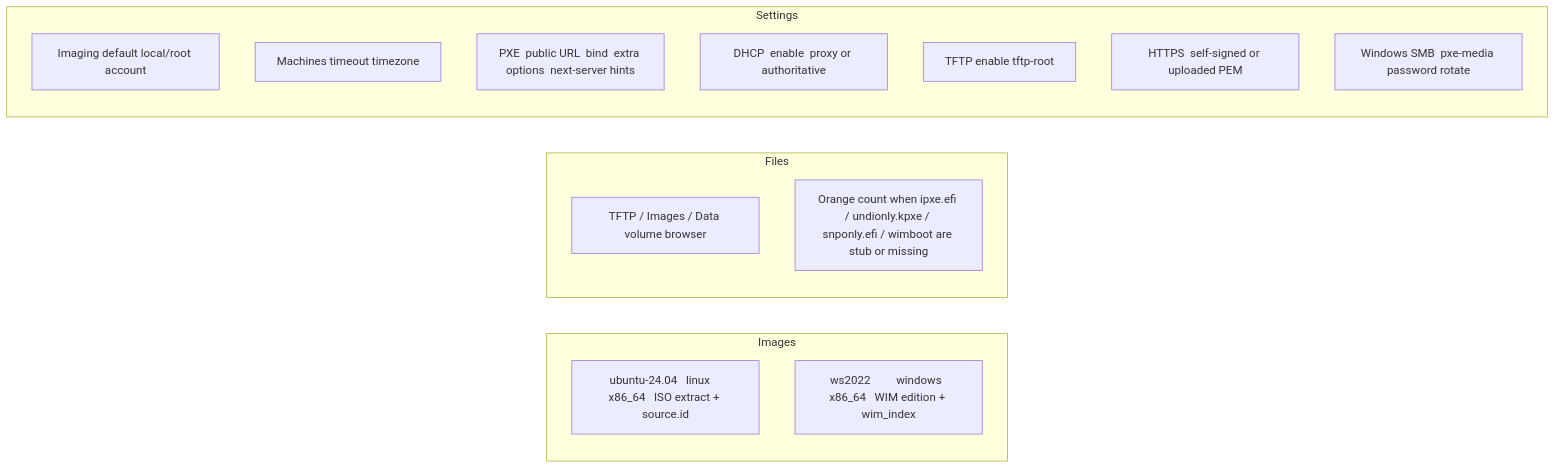
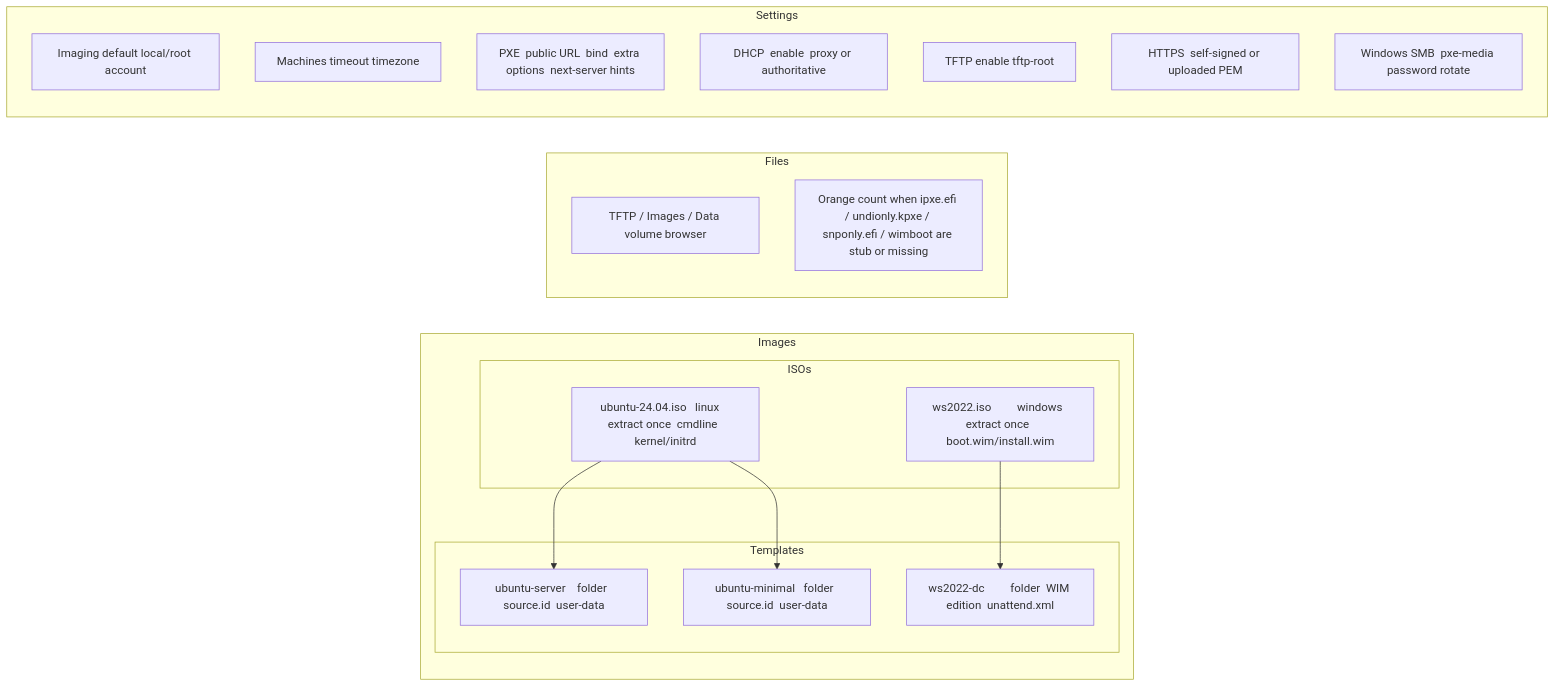
Diagram 14 of 24 in ARCHITECTURE.md (hometinker12/home-lab-pxe), drawn with Mermaid before and after one commit. The commit also changed other lines of this file and 26 other files, not shown here.

````diff
--- a/ARCHITECTURE.md
+++ b/ARCHITECTURE.md
@@ -335,20 +336,30 @@
 ```mermaid
 flowchart LR
   subgraph images["Images"]
-    Limg["ubuntu-24.04   linux    x86_64   ISO extract + source.id"]
-    Wimg["ws2022         windows  x86_64   WIM edition + wim_index"]
+    subgraph isos["ISOs"]
+      Liso["ubuntu-24.04.iso   linux    extract once  cmdline  kernel/initrd"]
+      Wiso["ws2022.iso         windows  extract once  boot.wim/install.wim"]
+    end
+    subgraph tpls["Templates"]
+      Lsrv["ubuntu-server    folder  source.id  user-data"]
+      Lmin["ubuntu-minimal   folder  source.id  user-data"]
+      Wdc["ws2022-dc         folder  WIM edition  unattend.xml"]
+    end
+    Liso --> Lsrv
+    Liso --> Lmin
+    Wiso --> Wdc
   end
   subgraph files["Files"]
     Browser["TFTP / Images / Data volume browser"]
     Stubs["Orange count when ipxe.efi / undionly.kpxe / snponly.efi / wimboot are stub or missing"]
   end
   subgraph settings["Settings"]
     Acc["Imaging default local/root account"]
     Mach["Machines  timeout  timezone"]
     Pxe["PXE  public URL  bind  extra options  next-server hints"]
     Dhcp["DHCP  enable  proxy or authoritative"]
     Tftp["TFTP  enable  tftp-root"]
     Tls["HTTPS  self-signed or uploaded PEM"]
     Smb["Windows SMB  pxe-media password rotate"]
   end
 ```
````
